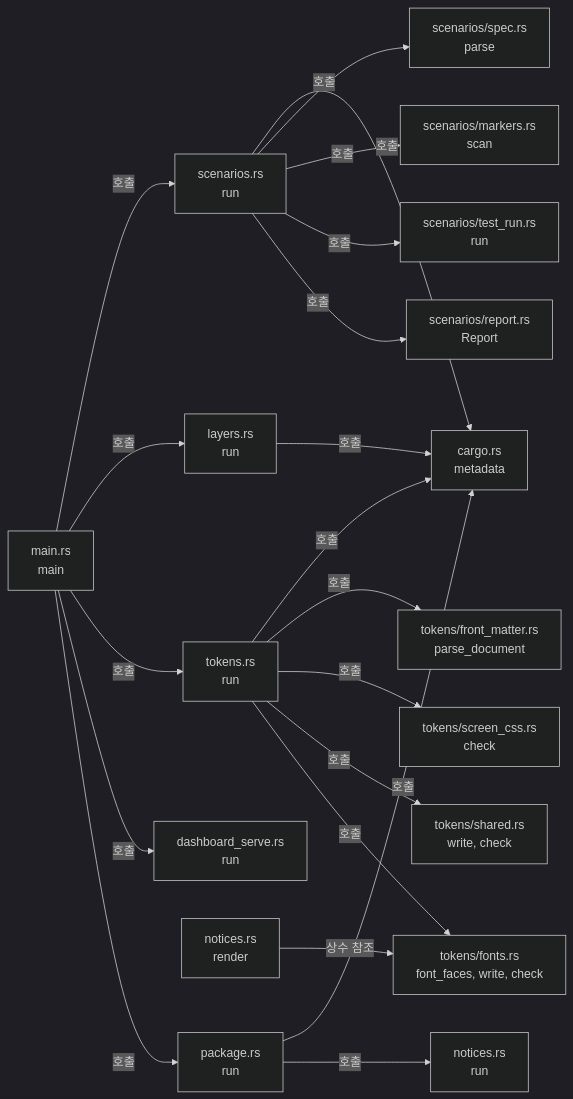
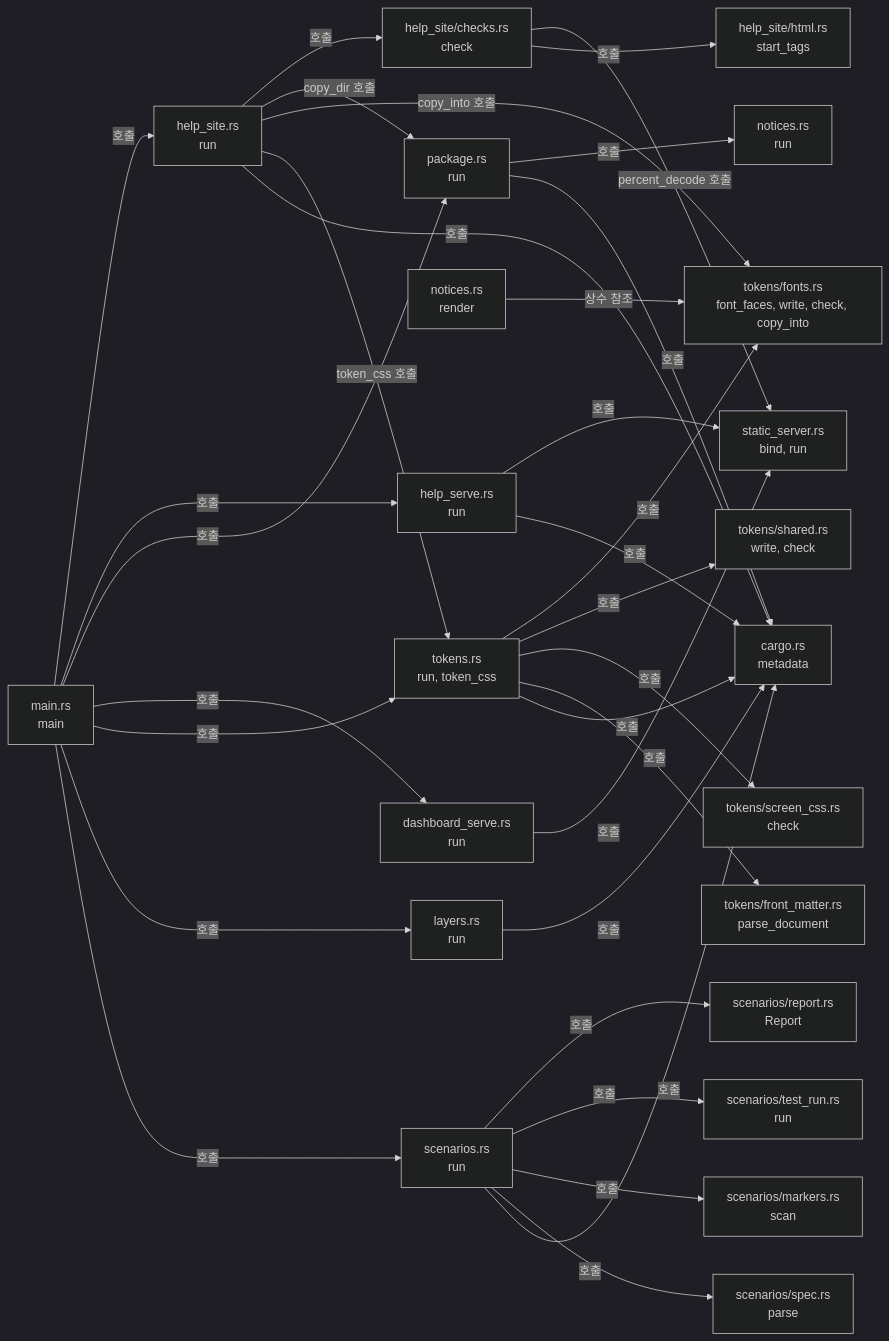
One commit to kayden-kim/vnc-relay changed the diagram in docs/architectures/xtask.md. Above: the diagram before and after it, drawn with Mermaid (dark theme). The commit also changed other lines of this file and 106 other files, not shown here.

First line of the commit message:
feat(help): add operator help site and dashboard help link

````diff
--- a/docs/architectures/xtask.md
+++ b/docs/architectures/xtask.md
@@ -39,22 +44,34 @@
 ```mermaid
 flowchart LR
     MAIN["main.rs<br/>main"] -->|"호출"| SCN["scenarios.rs<br/>run"]
     MAIN -->|"호출"| LAY["layers.rs<br/>run"]
     SCN -->|"호출"| META["cargo.rs<br/>metadata"]
     LAY -->|"호출"| META
     SCN -->|"호출"| SPEC["scenarios/spec.rs<br/>parse"]
     SCN -->|"호출"| MARK["scenarios/markers.rs<br/>scan"]
     SCN -->|"호출"| RUN["scenarios/test_run.rs<br/>run"]
     SCN -->|"호출"| REP["scenarios/report.rs<br/>Report"]
-    MAIN -->|"호출"| TOK["tokens.rs<br/>run"]
+    MAIN -->|"호출"| TOK["tokens.rs<br/>run, token_css"]
     MAIN -->|"호출"| DSV["dashboard_serve.rs<br/>run"]
     TOK -->|"호출"| META
     TOK -->|"호출"| TFM["tokens/front_matter.rs<br/>parse_document"]
     TOK -->|"호출"| TSC["tokens/screen_css.rs<br/>check"]
     TOK -->|"호출"| TSH["tokens/shared.rs<br/>write, check"]
-    TOK -->|"호출"| TFO["tokens/fonts.rs<br/>font_faces, write, check"]
+    TOK -->|"호출"| TFO["tokens/fonts.rs<br/>font_faces, write, check, copy_into"]
     NOT["notices.rs<br/>render"] -->|"상수 참조"| TFO
     MAIN -->|"호출"| PKG["package.rs<br/>run"]
     PKG -->|"호출"| META
     PKG -->|"호출"| NOTR["notices.rs<br/>run"]
+    DSV -->|"호출"| SRV["static_server.rs<br/>bind, run"]
+    MAIN -->|"호출"| HSV["help_serve.rs<br/>run"]
+    HSV -->|"호출"| META
+    HSV -->|"호출"| SRV
+    MAIN -->|"호출"| HST["help_site.rs<br/>run"]
+    HST -->|"호출"| META
+    HST -->|"token_css 호출"| TOK
+    HST -->|"copy_into 호출"| TFO
+    HST -->|"copy_dir 호출"| PKG
+    HST -->|"호출"| HCK["help_site/checks.rs<br/>check"]
+    HCK -->|"호출"| HTM["help_site/html.rs<br/>start_tags"]
+    HCK -->|"percent_decode 호출"| SRV
 ```
````
